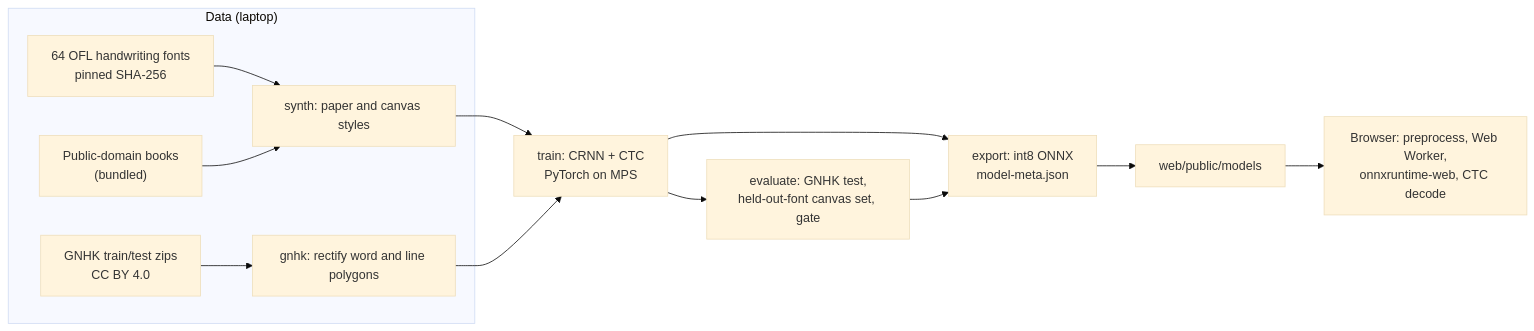
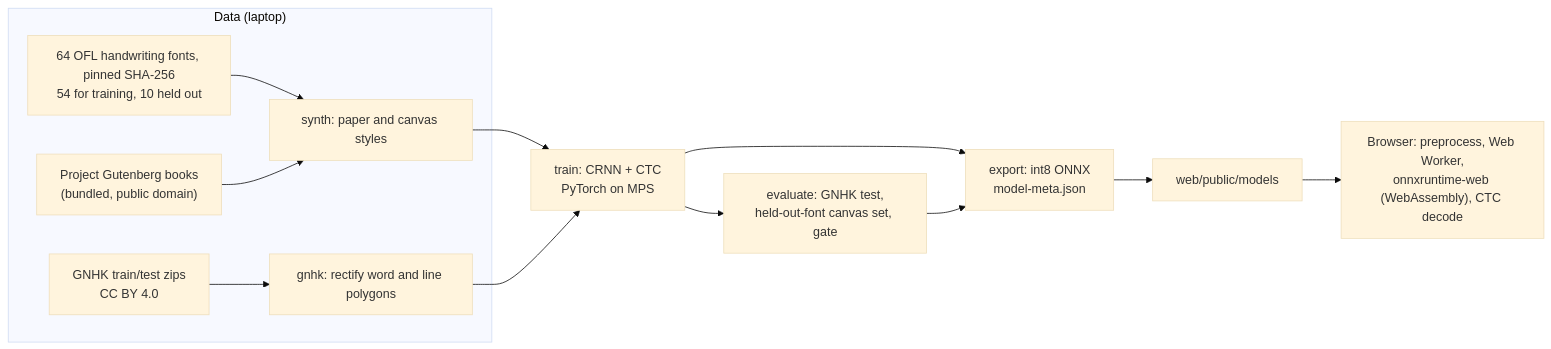
One commit to shashank11yadav/AccuScan changed the first of 2 diagrams in README.md. Above: the diagram before and after it, drawn with Mermaid (base theme). The commit also changed other lines of this file and 2 other files, not shown here.

First line of the commit message:
docs: final README with results, model card, training notes and demo GIF

````diff
--- a/README.md
+++ b/README.md
@@ -23,15 +13,15 @@
 ```mermaid
 flowchart LR
     subgraph data["Data (laptop)"]
-        F["64 OFL handwriting fonts<br/>pinned SHA-256"] --> S["synth: paper and canvas styles"]
-        T["Public-domain books<br/>(bundled)"] --> S
+        F["64 OFL handwriting fonts, pinned SHA-256<br/>54 for training, 10 held out"] --> S["synth: paper and canvas styles"]
+        T["Project Gutenberg books<br/>(bundled, public domain)"] --> S
         G["GNHK train/test zips<br/>CC BY 4.0"] --> C["gnhk: rectify word and line polygons"]
     end
     S --> TR["train: CRNN + CTC<br/>PyTorch on MPS"]
     C --> TR
     TR --> EV["evaluate: GNHK test,<br/>held-out-font canvas set, gate"]
     TR --> EX["export: int8 ONNX<br/>model-meta.json"]
     EV --> EX
     EX --> W["web/public/models"]
-    W --> B["Browser: preprocess, Web Worker,<br/>onnxruntime-web, CTC decode"]
+    W --> B["Browser: preprocess, Web Worker,<br/>onnxruntime-web (WebAssembly), CTC decode"]
 ```
````
